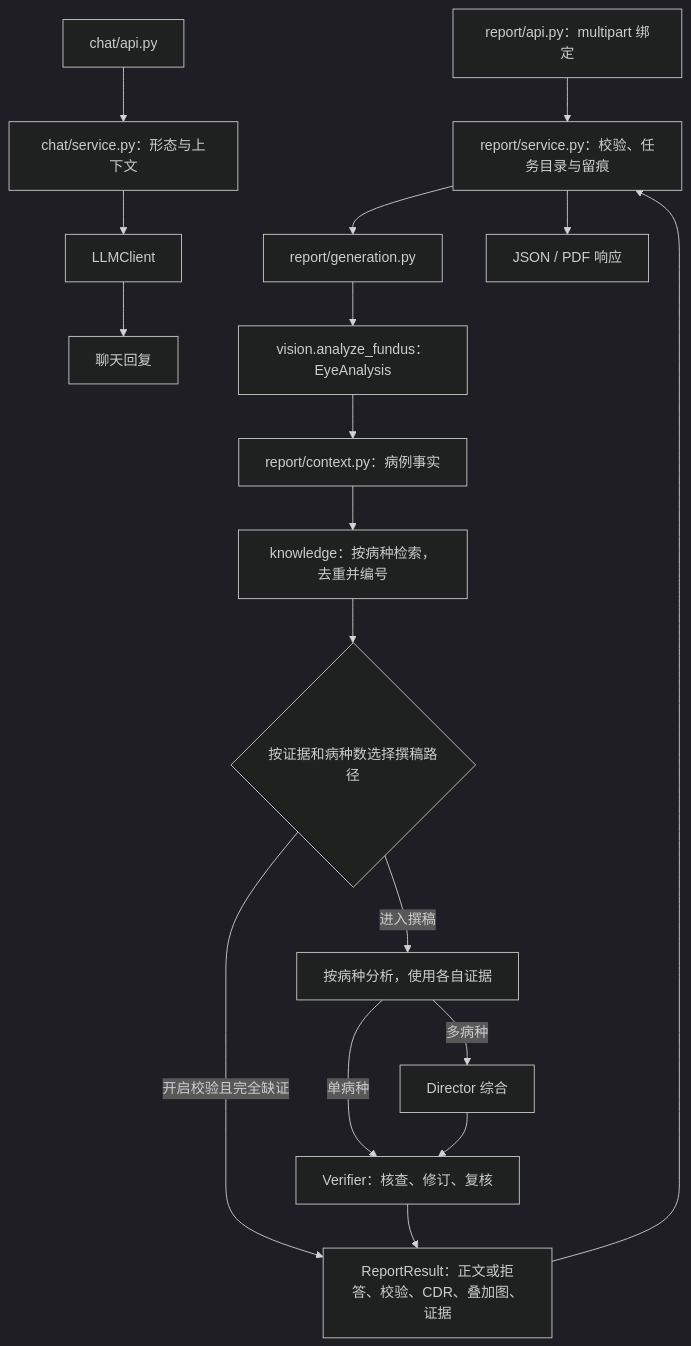
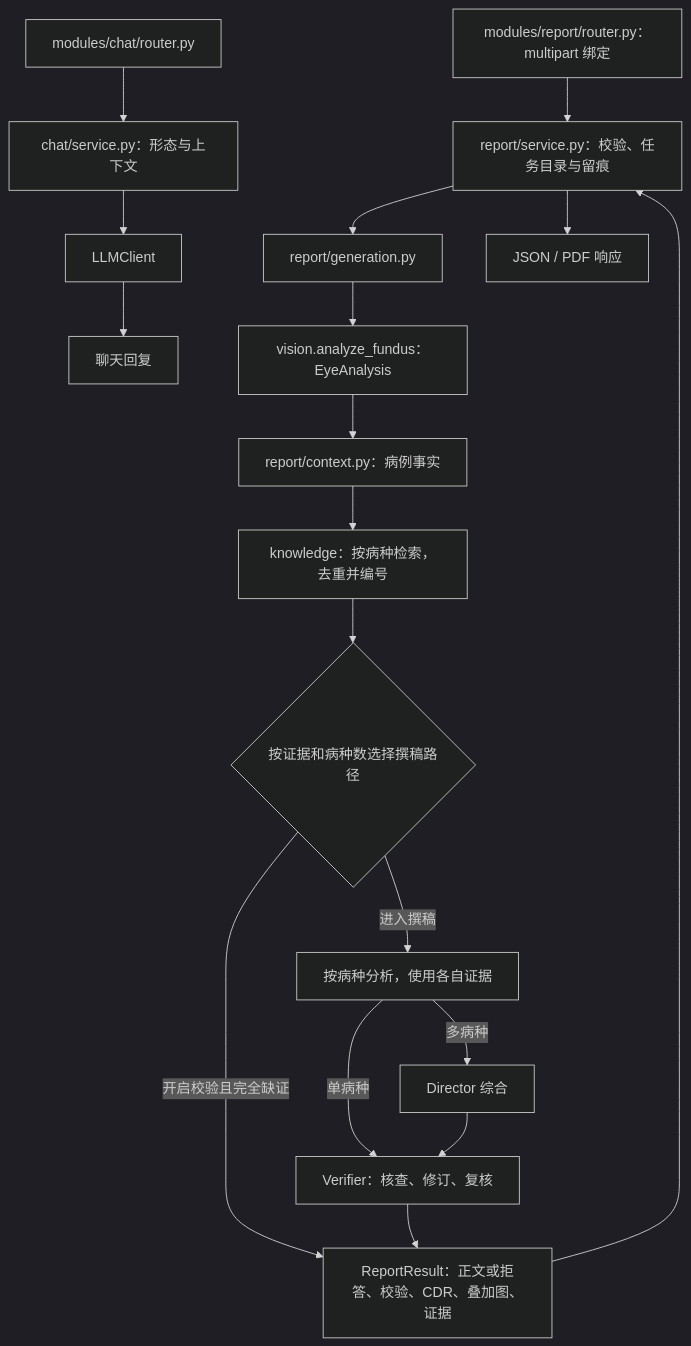
The diagram in backend/README.md (tpTwof/OcuPanel), drawn with Mermaid (dark theme) before and after one commit. The commit also changed other lines of this file and 82 other files, not shown here.

````diff
--- a/backend/README.md
+++ b/backend/README.md
@@ -35,19 +41,19 @@
 ```mermaid
 flowchart TD
-  Chat[chat/api.py] --> CS[chat/service.py：形态与上下文]
+  Chat[modules/chat/router.py] --> CS[chat/service.py：形态与上下文]
   CS --> L[LLMClient] --> Reply[聊天回复]
-  R[report/api.py：multipart 绑定] --> RS[report/service.py：校验、任务目录与留痕]
+  R[modules/report/router.py：multipart 绑定] --> RS[report/service.py：校验、任务目录与留痕]
   RS --> G[report/generation.py]
   G --> V[vision.analyze_fundus：EyeAnalysis]
   V --> C[report/context.py：病例事实]
   C --> K[knowledge：按病种检索，去重并编号]
   K --> Gd{按证据和病种数选择撰稿路径}
   Gd -->|开启校验且完全缺证| Result
   Gd -->|进入撰稿| S[按病种分析，使用各自证据]
   S -->|多病种| D[Director 综合]
   S -->|单病种| Q
   D --> Q[Verifier：核查、修订、复核]
   Q --> Result[ReportResult：正文或拒答、校验、CDR、叠加图、证据]
   Result --> RS
   RS --> Output[JSON / PDF 响应]
 ```
````
